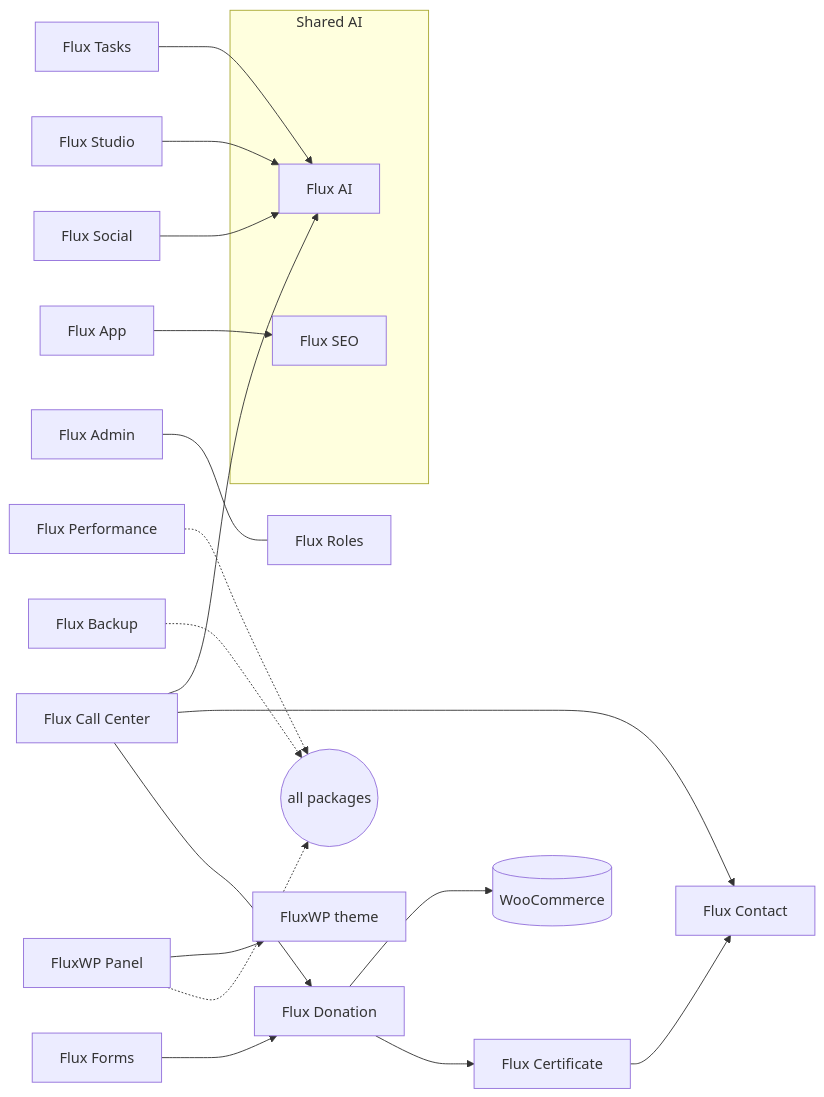
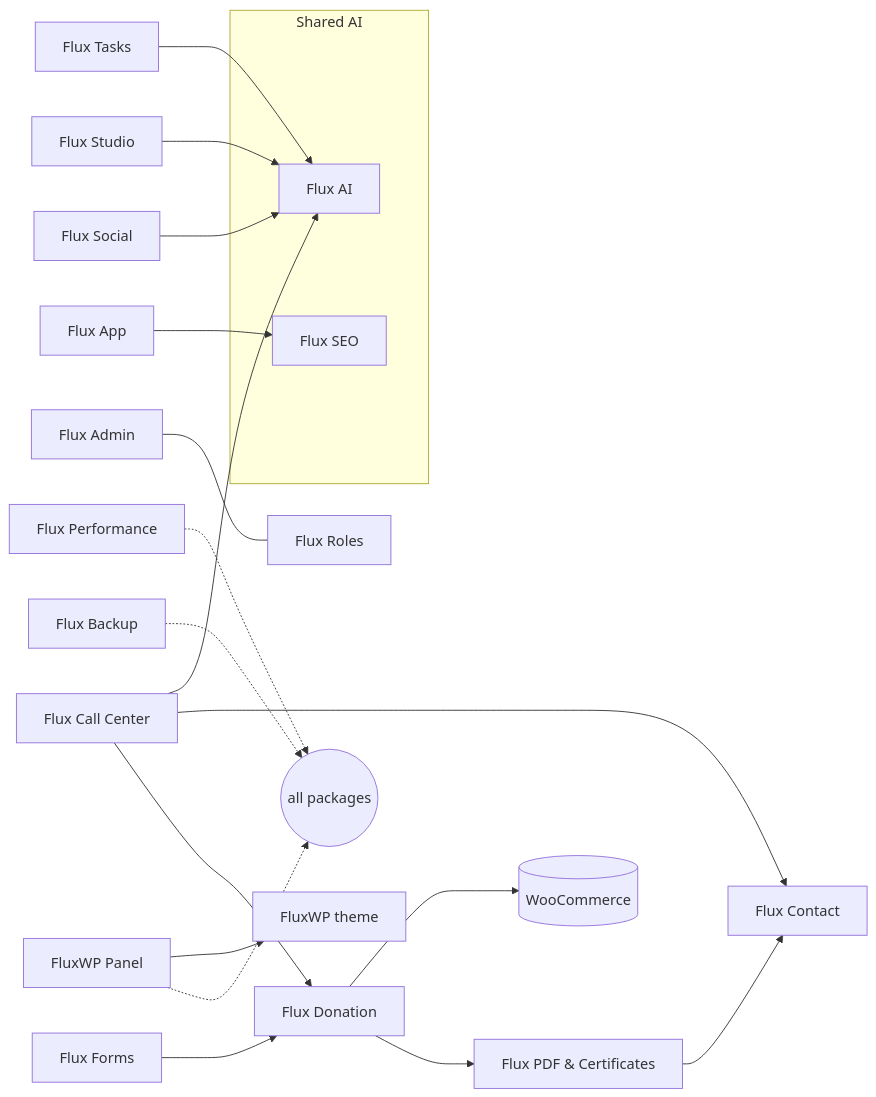
The diagram in README.md (FluxWP/FluxWP), drawn with Mermaid before and after one commit. The commit also changed other lines of this file and 33 other files, not shown here.

Commit message:
Rename Flux Certificates display name to Flux PDF & Certificates

````diff
--- a/README.md
+++ b/README.md
@@ -35,23 +35,23 @@
 ```mermaid
 flowchart LR
   subgraph Shared AI
     AI["Flux AI"]
     MCP["Flux SEO"]
   end
-  BAG["Flux Donation"] --> CERT["Flux Certificate"]
+  BAG["Flux Donation"] --> CERT["Flux PDF & Certificates"]
   FORM["Flux Forms"] --> BAG
   BAG --> WOO[("WooCommerce")]
   CC["Flux Call Center"] --> BAG
   CC --> COM["Flux Contact"]
   CERT --> COM
   SOC["Flux Social"] --> AI
   STU["Flux Studio"] --> AI
   CC --> AI
   TASK["Flux Tasks"] --> AI
   ADM["Flux Admin"] --- ROL["Flux Roles"]
   APP["Flux App"] --> MCP
   SET["FluxWP Panel"] -.-> ALL(("all packages"))
   BAK["Flux Backup"] -.-> ALL
   PERF["Flux Performance"] -.-> ALL
   SET["FluxWP Panel"] --> THEME["FluxWP theme"]
 ```
````
